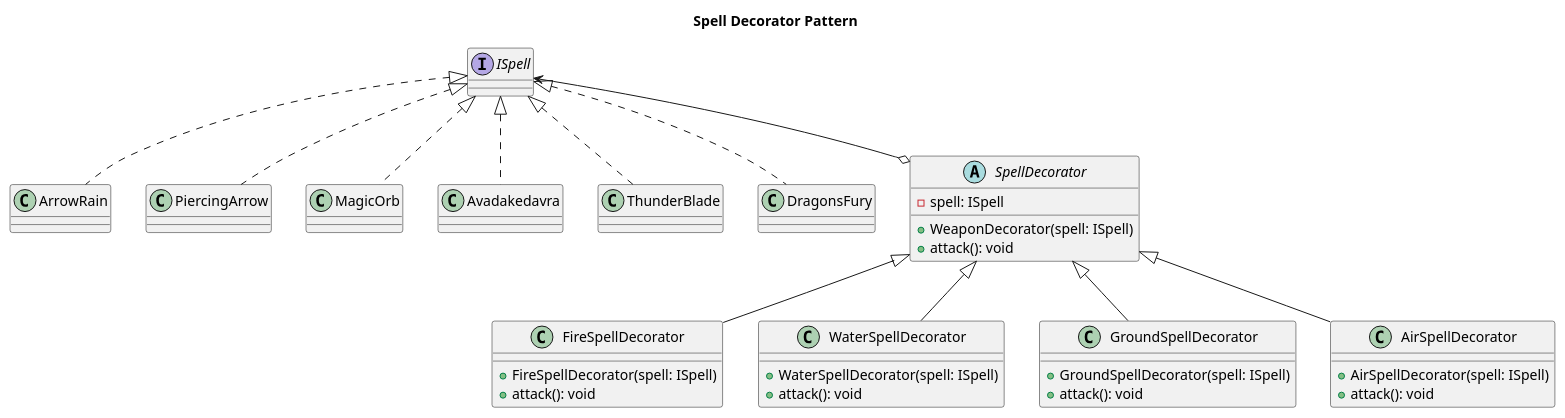
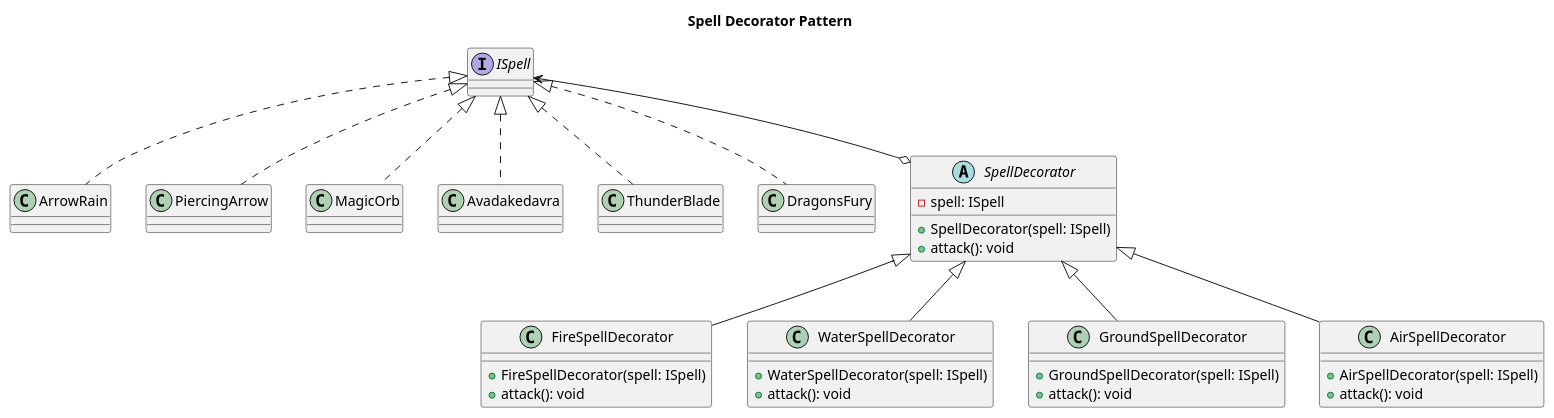
The diagram in UML/Decorator/spell.decorator.plantuml (project-survivor/documentation), drawn with PlantUML before and after one commit. The commit also changed 11 other files, not shown here.

```diff
--- a/UML/Decorator/spell.decorator.plantuml
+++ b/UML/Decorator/spell.decorator.plantuml
@@ -1,74 +1,74 @@
 @startuml
 
 title Spell Decorator Pattern
 
 interface ISpell {
     
 }
 
 class ArrowRain {
     
 }
 
 class PiercingArrow {
     
 }
 
 class MagicOrb {
     
 }
 
 class Avadakedavra {
     
 }
 
 class ThunderBlade {
     
 }
 
 class DragonsFury{
     
 }
 
 abstract class SpellDecorator {
     -spell: ISpell
-    +WeaponDecorator(spell: ISpell)
+    +SpellDecorator(spell: ISpell)
     +attack(): void
 }
 
 class FireSpellDecorator {
     +FireSpellDecorator(spell: ISpell)
     +attack(): void
 }
 
 class WaterSpellDecorator {
     +WaterSpellDecorator(spell: ISpell)
     +attack(): void
 }
 
 class GroundSpellDecorator {
     +GroundSpellDecorator(spell: ISpell)
     +attack(): void
 }
 
 class AirSpellDecorator {
     +AirSpellDecorator(spell: ISpell)
     +attack(): void
 }
 
 ISpell <--o SpellDecorator
 
 SpellDecorator <|-- FireSpellDecorator
 SpellDecorator <|-- WaterSpellDecorator
 SpellDecorator <|-- GroundSpellDecorator
 SpellDecorator <|-- AirSpellDecorator
 
 
 ISpell <|.. ArrowRain
 ISpell <|.. PiercingArrow
 ISpell <|.. MagicOrb
 ISpell <|.. Avadakedavra
 ISpell <|.. ThunderBlade
 ISpell <|.. DragonsFury
 
 @enduml
```
